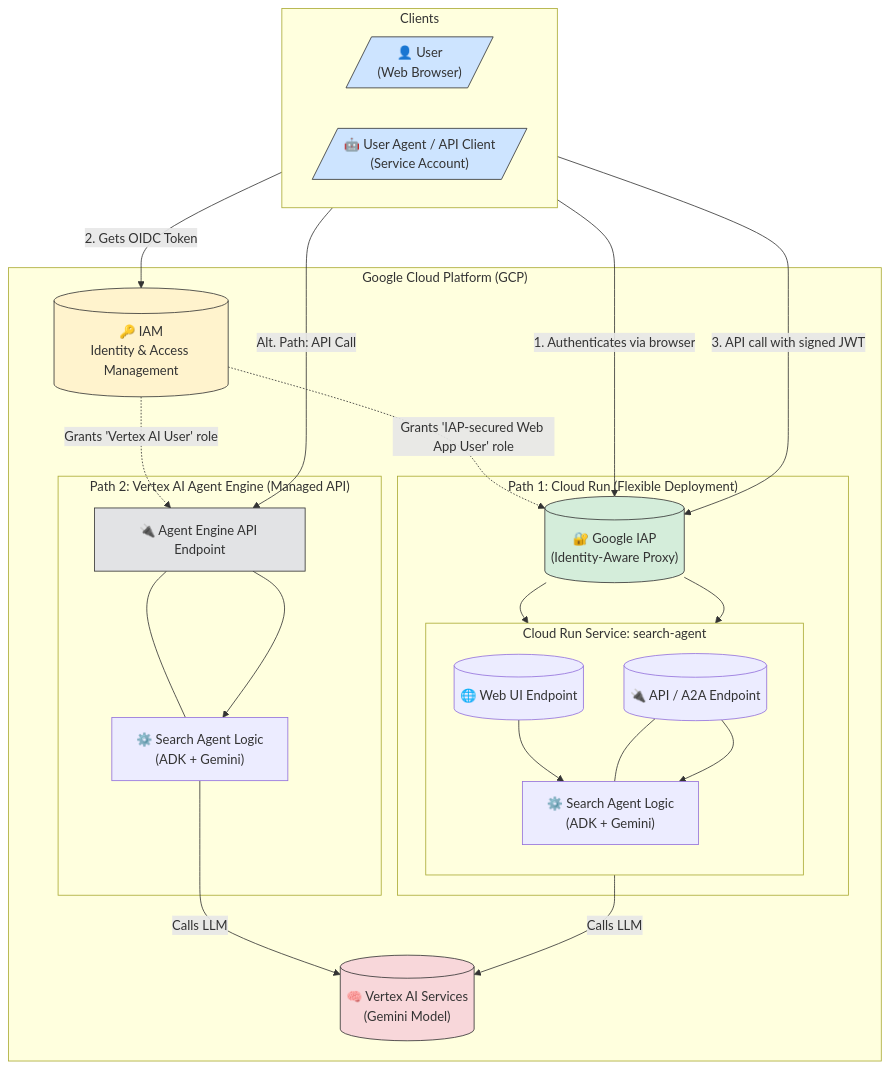
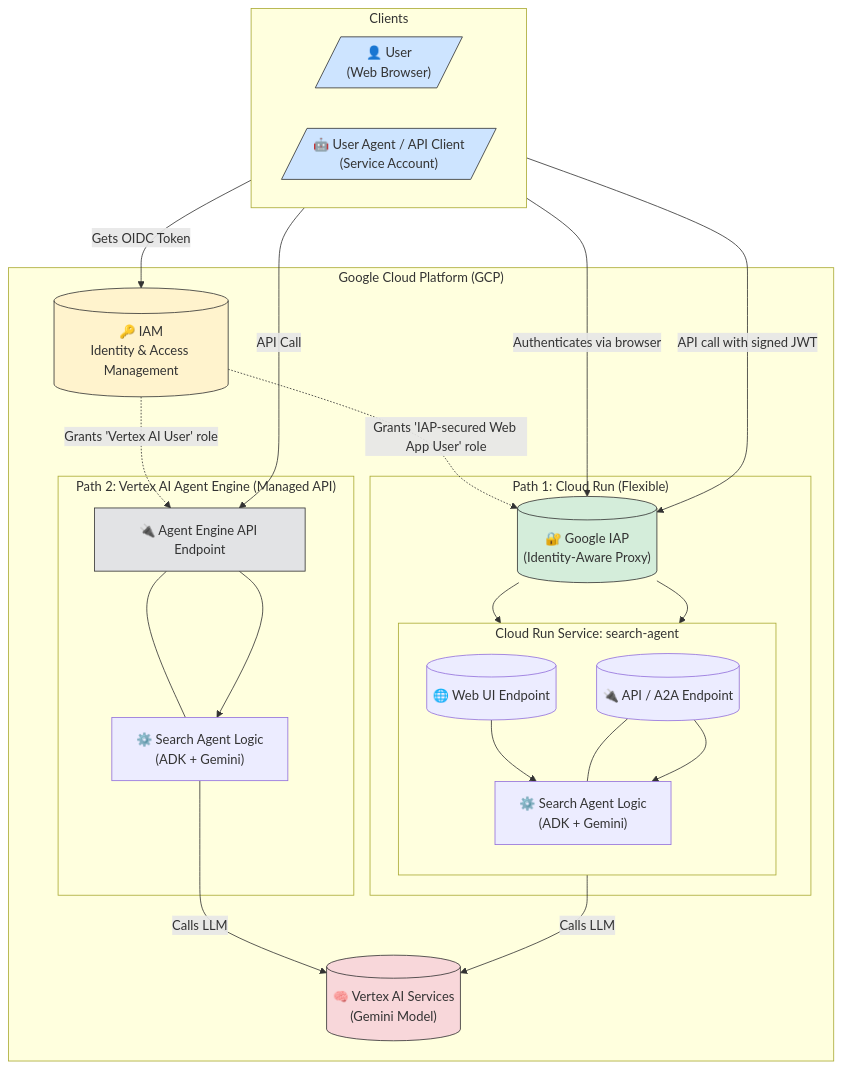
The diagram in diagrams/architecture.mermaid (fmind/search-agent), drawn with Mermaid before and after one commit. The commit also changed 1 other file, not shown here.

```diff
--- a/diagrams/architecture.mermaid
+++ b/diagrams/architecture.mermaid
@@ -1,57 +1,57 @@
 graph TD
     subgraph "Clients"
         direction LR
         User[/"👤 User<br>(Web Browser)"/]
         UserAgent[/"🤖 User Agent / API Client<br>(Service Account)"/]
     end
 
     subgraph "Google Cloud Platform (GCP)"
-        subgraph "Path 1: Cloud Run (Flexible Deployment)"
+        subgraph "Path 1: Cloud Run (Flexible)"
             IAP[("🔐 Google IAP<br>(Identity-Aware Proxy)")]
 
             subgraph "Cloud Run Service: search-agent"
                 direction TB
                 CR_Web[("🌐 Web UI Endpoint")]
                 CR_API[("🔌 API / A2A Endpoint")]
                 ---
                 AgentLogic_CR["⚙️ Search Agent Logic<br>(ADK + Gemini)"]
                 CR_Web --> AgentLogic_CR
                 CR_API --> AgentLogic_CR
             end
 
             IAP --> CR_Web
             IAP --> CR_API
         end
 
         subgraph "Path 2: Vertex AI Agent Engine (Managed API)"
             AE["🔌 Agent Engine API Endpoint"]
             ---
             AgentLogic_AE["⚙️ Search Agent Logic<br>(ADK + Gemini)"]
             AE --> AgentLogic_AE
         end
 
         IAM[("🔑 IAM<br>Identity & Access Management")]
         VertexAI[("🧠 Vertex AI Services<br>(Gemini Model)")]
     end
 
     %% --- User & Service Connections ---
-    User -- "1. Authenticates via browser" --> IAP
-    UserAgent -- "2. Gets OIDC Token" --> IAM
-    UserAgent -- "3. API call with signed JWT" --> IAP
-    UserAgent -- "Alt. Path: API Call" --> AE
+    User -- "Authenticates via browser" --> IAP
+    UserAgent -- "Gets OIDC Token" --> IAM
+    UserAgent -- "API call with signed JWT" --> IAP
+    UserAgent -- "API Call" --> AE
 
     %% --- Internal GCP Connections ---
     AgentLogic_CR -- "Calls LLM" --> VertexAI
     AgentLogic_AE -- "Calls LLM" --> VertexAI
 
     %% --- Security and Permissions ---
     IAM -.->|Grants 'IAP-secured Web App User' role| IAP
     IAM -.->|Grants 'Vertex AI User' role| AE
 
     %% --- Styling ---
     style User fill:#cde4ff,stroke:#333
     style UserAgent fill:#cde4ff,stroke:#333
     style IAP fill:#d4edda,stroke:#333
     style IAM fill:#fff3cd,stroke:#333
     style VertexAI fill:#f8d7da,stroke:#333
     style AE fill:#e2e3e5,stroke:#333
```
